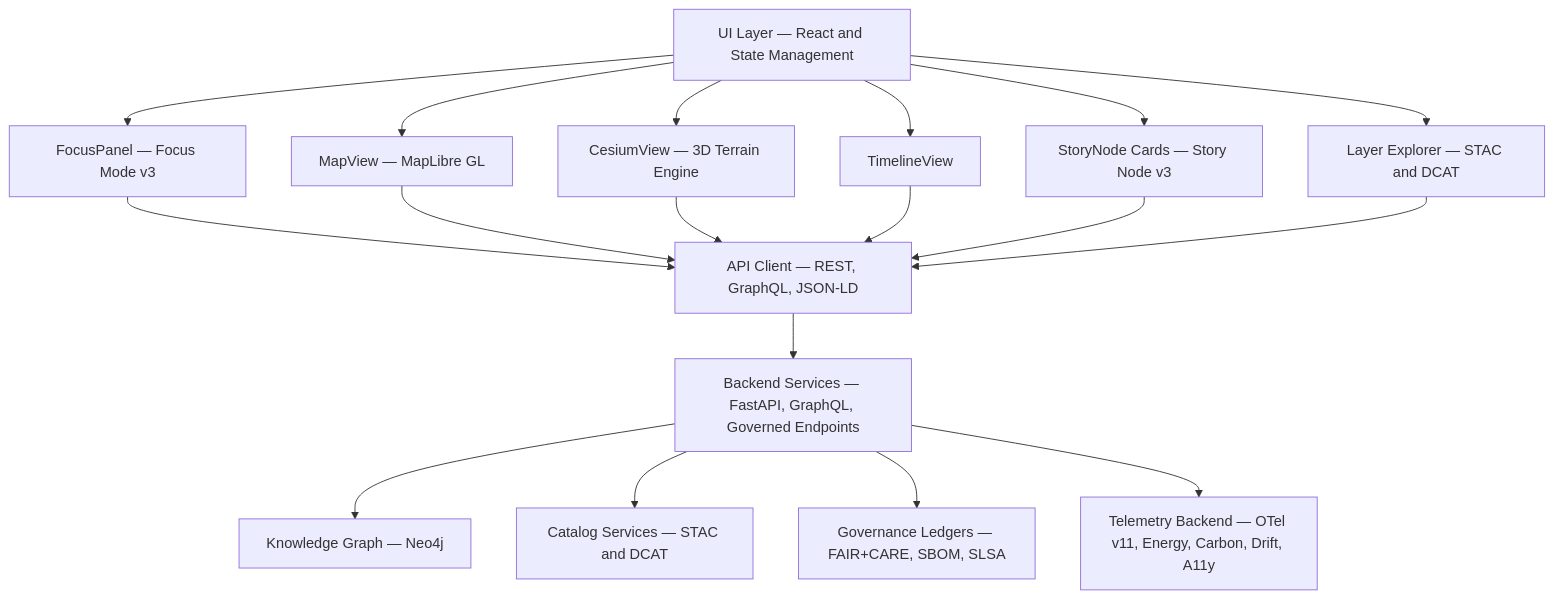
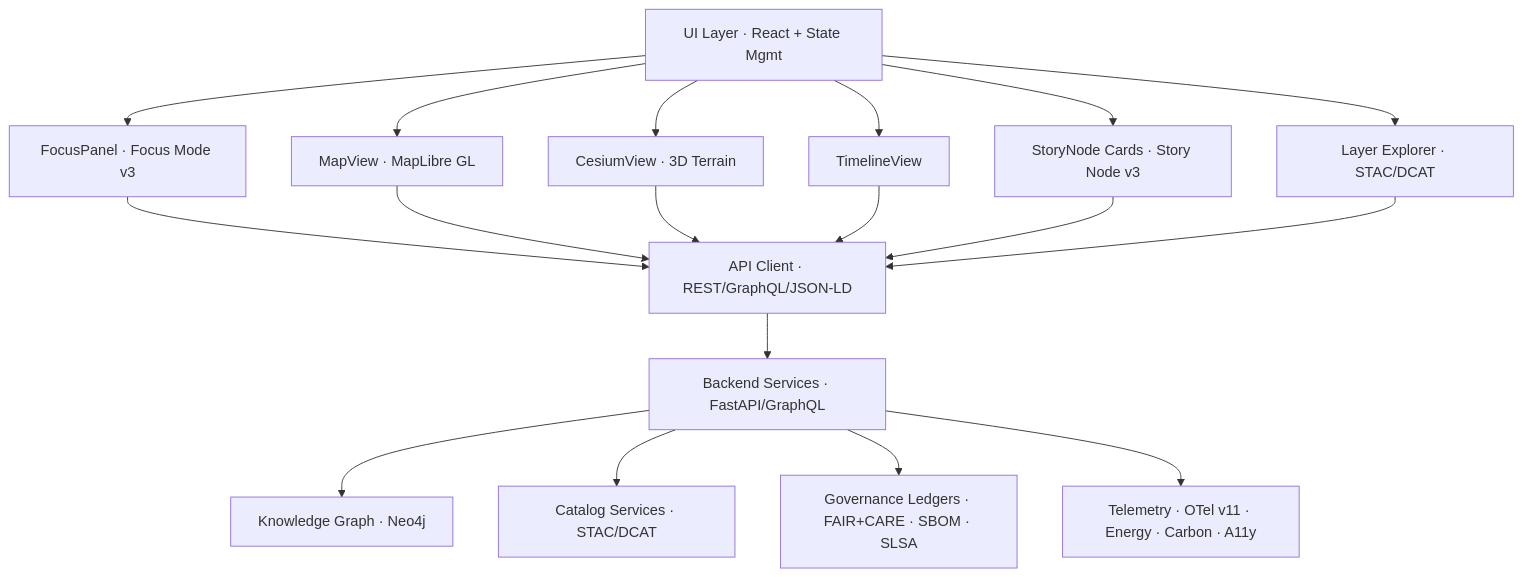
The diagram in web/ARCHITECTURE.md (bartytime4life/Kansas-Frontier-Matrix), drawn with Mermaid before and after one commit. The commit also changed other lines of this file, not shown here.

````diff
--- a/web/ARCHITECTURE.md
+++ b/web/ARCHITECTURE.md
@@ -127,22 +167,22 @@
 ```mermaid
 flowchart TD
-    UI["UI Layer — React and State Management"] --> MV["MapView — MapLibre GL"]
-    UI --> CV["CesiumView — 3D Terrain Engine"]
-    UI --> FP["FocusPanel — Focus Mode v3"]
-    UI --> SN["StoryNode Cards — Story Node v3"]
+    UI["UI Layer · React + State Mgmt"] --> MV["MapView · MapLibre GL"]
+    UI --> CV["CesiumView · 3D Terrain"]
+    UI --> FP["FocusPanel · Focus Mode v3"]
+    UI --> SN["StoryNode Cards · Story Node v3"]
     UI --> TL["TimelineView"]
-    UI --> LX["Layer Explorer — STAC and DCAT"]
+    UI --> LX["Layer Explorer · STAC/DCAT"]
 
-    FP --> API["API Client — REST, GraphQL, JSON-LD"]
+    FP --> API["API Client · REST/GraphQL/JSON-LD"]
     MV --> API
     CV --> API
     TL --> API
     SN --> API
     LX --> API
 
-    API --> BE["Backend Services — FastAPI, GraphQL, Governed Endpoints"]
-    BE --> KG["Knowledge Graph — Neo4j"]
-    BE --> STC["Catalog Services — STAC and DCAT"]
-    BE --> GOV["Governance Ledgers — FAIR+CARE, SBOM, SLSA"]
-    BE --> TEL["Telemetry Backend — OTel v11, Energy, Carbon, Drift, A11y"]
+    API --> BE["Backend Services · FastAPI/GraphQL"]
+    BE --> KG["Knowledge Graph · Neo4j"]
+    BE --> STC["Catalog Services · STAC/DCAT"]
+    BE --> GOV["Governance Ledgers · FAIR+CARE · SBOM · SLSA"]
+    BE --> TEL["Telemetry · OTel v11 · Energy · Carbon · A11y"]
 ```
````
